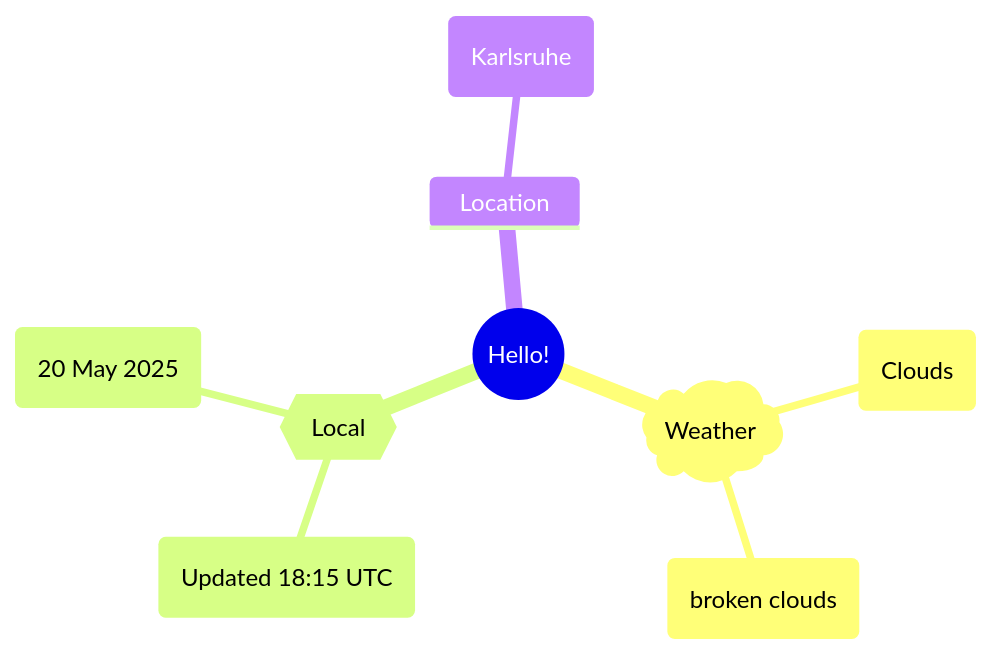
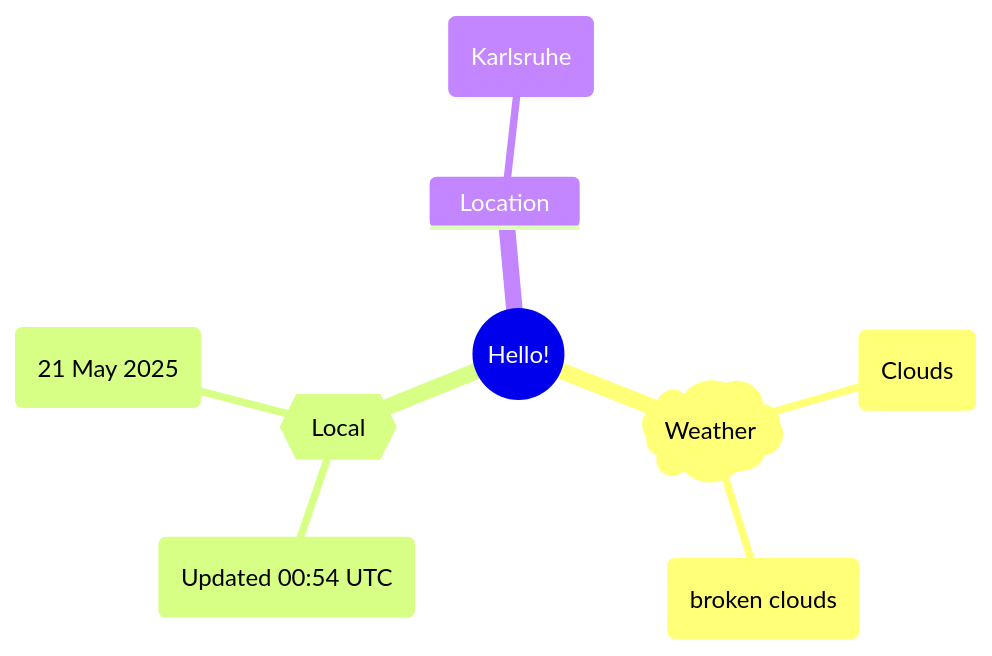
One commit to Xosrov/Xosrov changed the first of 2 diagrams in README.md. Above: the diagram before and after it, drawn with Mermaid.

Commit message:
[bot] updated images

````diff
--- a/README.md
+++ b/README.md
@@ -3,12 +3,12 @@
 ```mermaid
 mindmap
   root((Hello!))
     )Weather(
         (Clouds)
         (broken clouds)
     {{Local}}
-        (Updated 18:15 UTC)
-        (20 May 2025)
+        (Updated 00:54 UTC)
+        (21 May 2025)
     Location
         (Karlsruhe)
 ```
````
